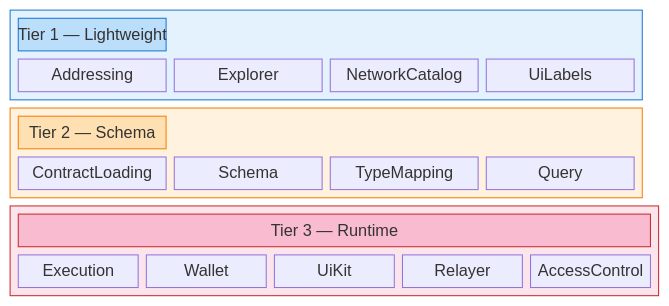
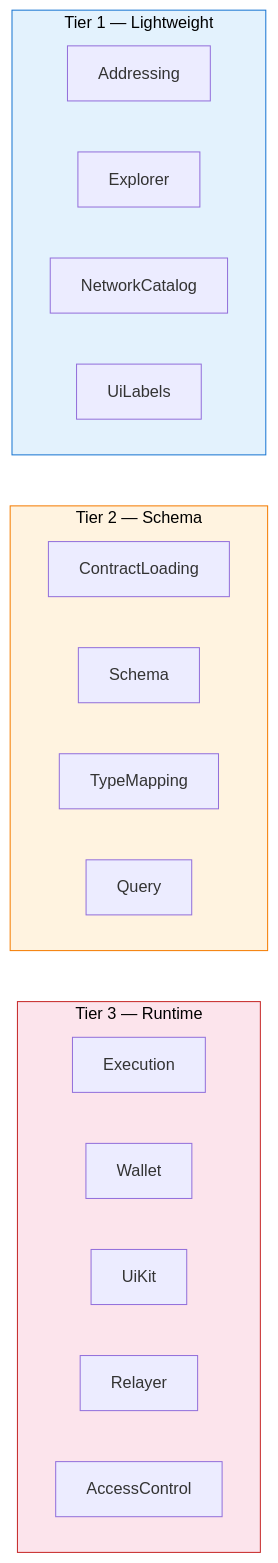
The second of 5 diagrams in content/ecosystem-adapters/architecture.mdx (OpenZeppelin/docs), drawn with Mermaid before and after one commit.

Commit message:
fix(ecosystem-adapters): replace unsupported block-beta Mermaid syntax with flowchart subgraphs
The block-beta diagram type causes a circular JSON serialization error in
the Mermaid component. Replace with flowchart subgraphs which render
correctly with colored tier groupings.

````diff
--- a/content/ecosystem-adapters/architecture.mdx
+++ b/content/ecosystem-adapters/architecture.mdx
@@ -43,26 +43,31 @@
 ```mermaid
-block-beta
-    columns 3
-    block:tier1:3
-        columns 4
-        t1h["Tier 1 — Lightweight"]:4
-        Addressing Explorer NetworkCatalog UiLabels
-    end
-    block:tier2:3
-        columns 4
-        t2h["Tier 2 — Schema"]:4
-        ContractLoading Schema TypeMapping Query
-    end
-    block:tier3:3
-        columns 5
-        t3h["Tier 3 — Runtime"]:5
-        Execution Wallet UiKit Relayer AccessControl
+flowchart TD
+    subgraph T1["Tier 1 — Lightweight"]
+        A1["Addressing"]
+        A2["Explorer"]
+        A3["NetworkCatalog"]
+        A4["UiLabels"]
     end
 
-    style tier1 fill:#e3f2fd,stroke:#1976d2,color:#000
-    style tier2 fill:#fff3e0,stroke:#f57c00,color:#000
-    style tier3 fill:#fce4ec,stroke:#c62828,color:#000
-    style t1h fill:#bbdefb,stroke:#1976d2,color:#000
-    style t2h fill:#ffe0b2,stroke:#f57c00,color:#000
-    style t3h fill:#f8bbd0,stroke:#c62828,color:#000
+    subgraph T2["Tier 2 — Schema"]
+        B1["ContractLoading"]
+        B2["Schema"]
+        B3["TypeMapping"]
+        B4["Query"]
+    end
+
+    subgraph T3["Tier 3 — Runtime"]
+        C1["Execution"]
+        C2["Wallet"]
+        C3["UiKit"]
+        C4["Relayer"]
+        C5["AccessControl"]
+    end
+
+    T1 ~~~ T2
+    T2 ~~~ T3
+
+    style T1 fill:#e3f2fd,stroke:#1976d2,color:#000
+    style T2 fill:#fff3e0,stroke:#f57c00,color:#000
+    style T3 fill:#fce4ec,stroke:#c62828,color:#000
 ```
````
